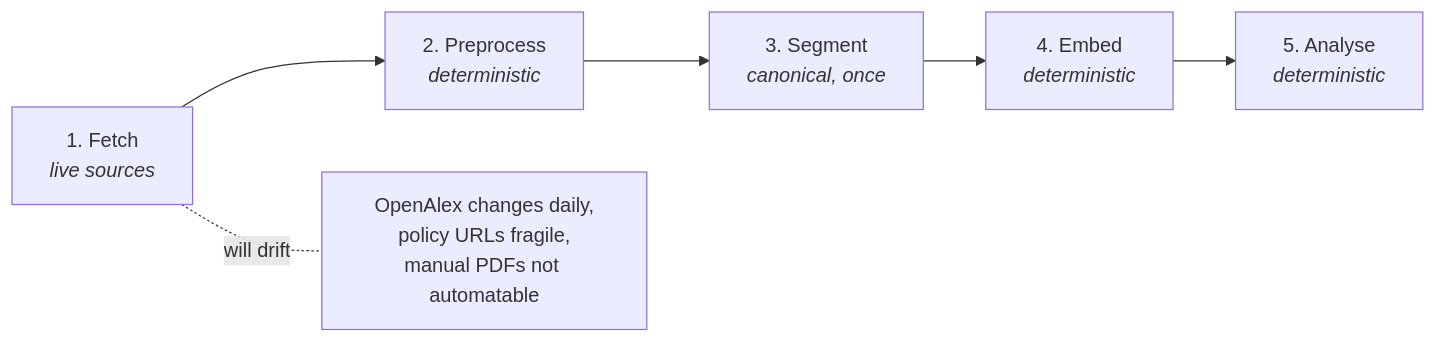
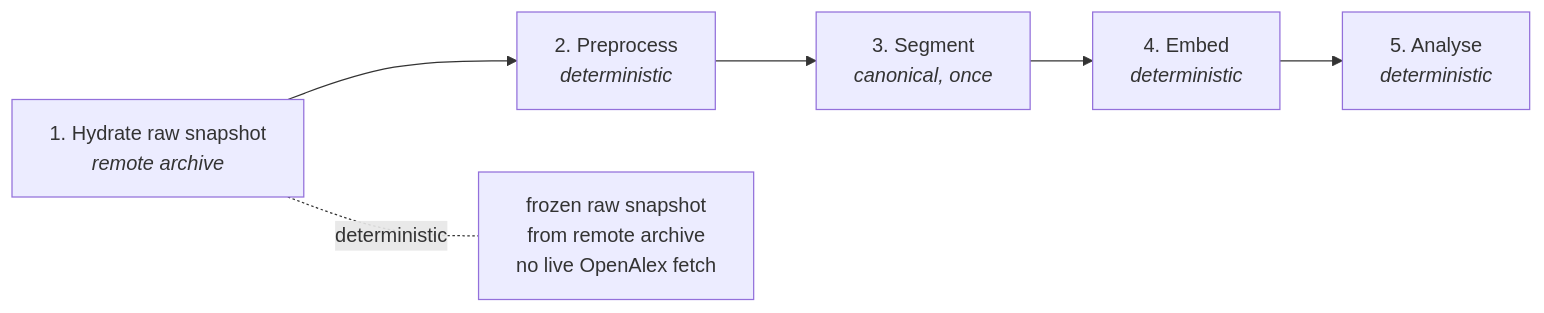
The second of 2 diagrams in README.md (qmanhbeo/msc-dissertation-leo), drawn with Mermaid before and after one commit. The commit also changed other lines of this file, not shown here.

First line of the commit message:
Docs: clarify cold replay hydrates from remote raw archive; record WSL/Windows test dates

````diff
--- a/README.md
+++ b/README.md
@@ -296,8 +296,8 @@
 ```mermaid
 flowchart LR
-    Fetch["1. Fetch<br><em>live sources</em>"] --> Preproc["2. Preprocess<br><em>deterministic</em>"]
+    Fetch["1. Hydrate raw snapshot<br><em>remote archive</em>"] --> Preproc["2. Preprocess<br><em>deterministic</em>"]
     Preproc --> Seg["3. Segment<br><em>canonical, once</em>"]
     Seg --> Embed["4. Embed<br><em>deterministic</em>"]
     Embed --> Analyse["5. Analyse<br><em>deterministic</em>"]
-    Fetch -.-|"will drift"| Note["OpenAlex changes daily,<br>policy URLs fragile,<br>manual PDFs not automatable"]
+    Fetch -.-|"deterministic"| Note["frozen raw snapshot<br>from remote archive<br>no live OpenAlex fetch"]
 ```
````
